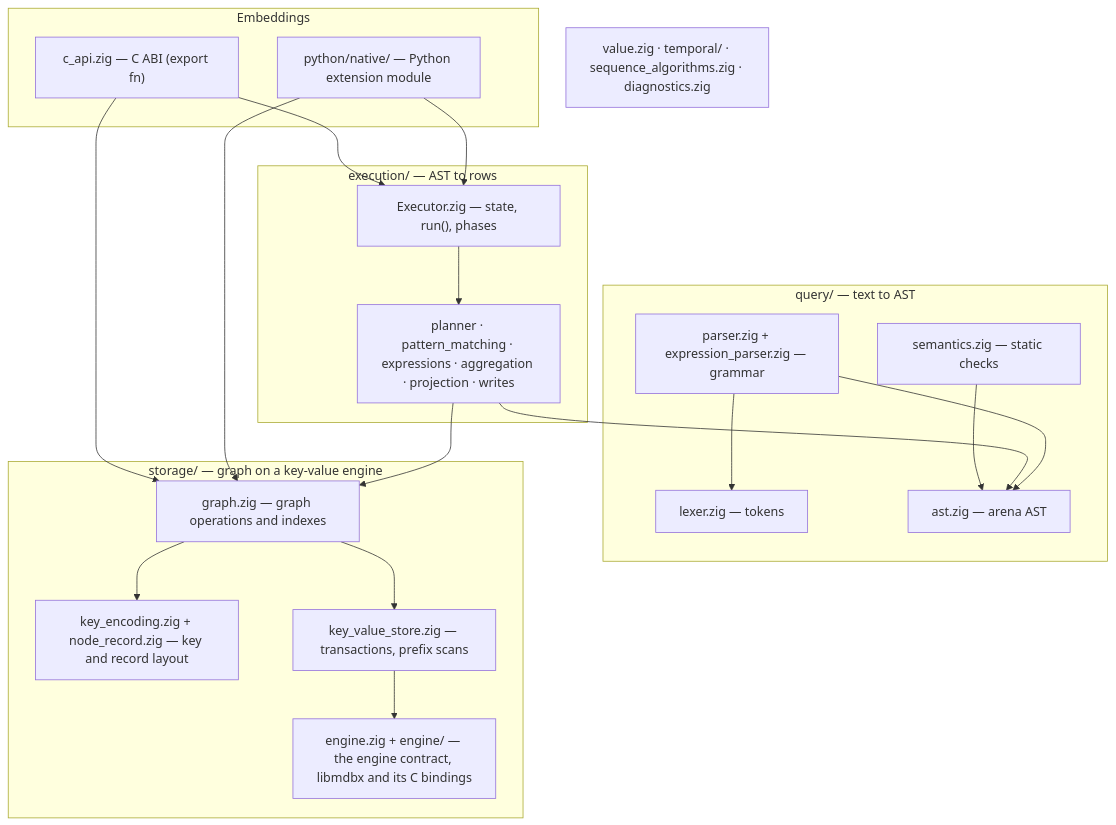
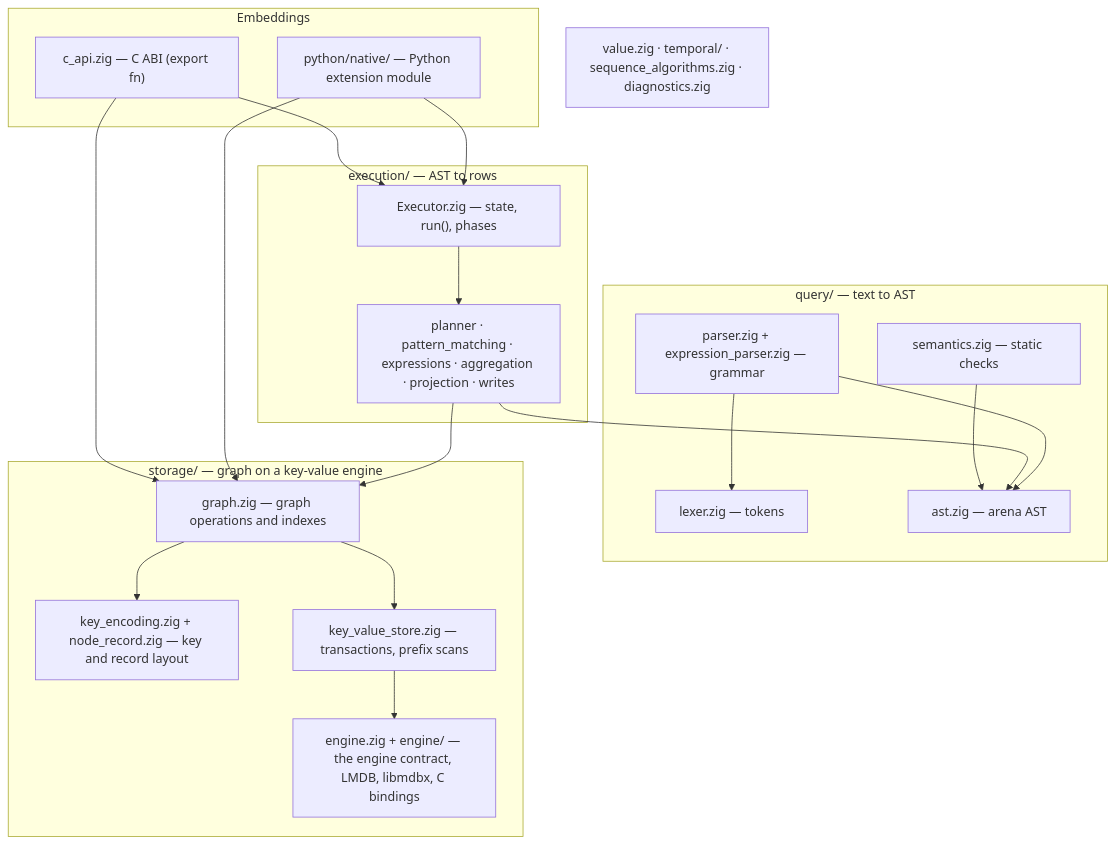
One commit to acasadom/zypherdb changed the first of 2 diagrams in docs/guide/architecture.md. Above: the diagram before and after it, drawn with Mermaid. The commit also changed other lines of this file and 23 other files, not shown here.

First line of the commit message:
feat: LMDB comes back as the default engine; libmdbx stays selectable

````diff
--- a/docs/guide/architecture.md
+++ b/docs/guide/architecture.md
@@ -45,38 +45,38 @@
 ```{mermaid}
 flowchart TB
   subgraph embed["Embeddings"]
     CAPI["c_api.zig — C ABI (export fn)"]
     PyNative["python/native/ — Python extension module"]
   end
   subgraph query["query/ — text to AST"]
     Lexer["lexer.zig — tokens"]
     Parser["parser.zig + expression_parser.zig — grammar"]
     AST["ast.zig — arena AST"]
     Semantics["semantics.zig — static checks"]
   end
   subgraph execution["execution/ — AST to rows"]
     Executor["Executor.zig — state, run(), phases"]
     Steps["planner · pattern_matching · expressions · aggregation · projection · writes"]
   end
   subgraph storage["storage/ — graph on a key-value engine"]
     Graph["graph.zig — graph operations and indexes"]
     Keys["key_encoding.zig + node_record.zig — key and record layout"]
     KV["key_value_store.zig — transactions, prefix scans"]
-    Engine["engine.zig + engine/ — the engine contract, libmdbx and its C bindings"]
+    Engine["engine.zig + engine/ — the engine contract, LMDB, libmdbx, C bindings"]
   end
   Shared["value.zig · temporal/ · sequence_algorithms.zig · diagnostics.zig"]
 
   CAPI --> Executor
   CAPI --> Graph
   PyNative --> Executor
   PyNative --> Graph
   Semantics --> AST
   Executor --> Steps
   Steps --> AST
   Steps --> Graph
   Parser --> Lexer
   Parser --> AST
   Graph --> Keys
   Graph --> KV
   KV --> Engine
 ```
````
